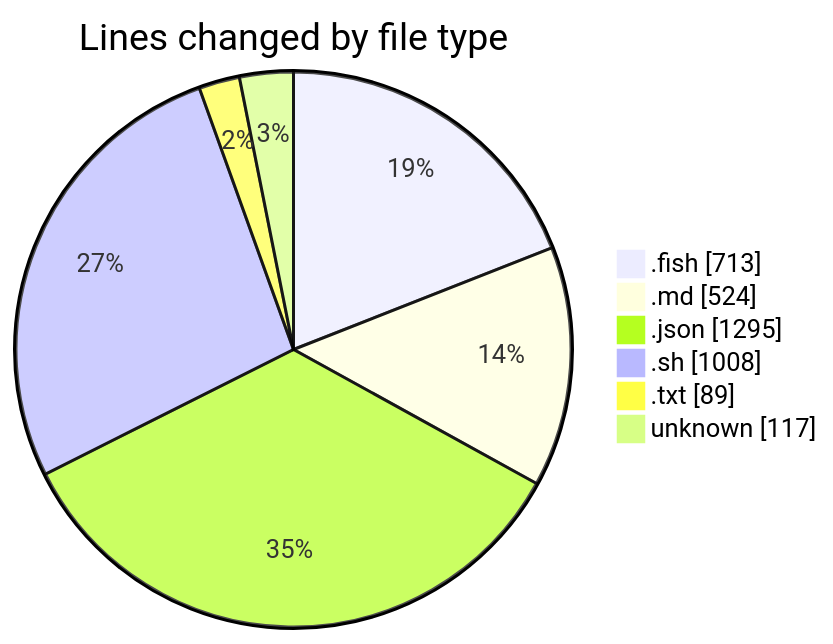
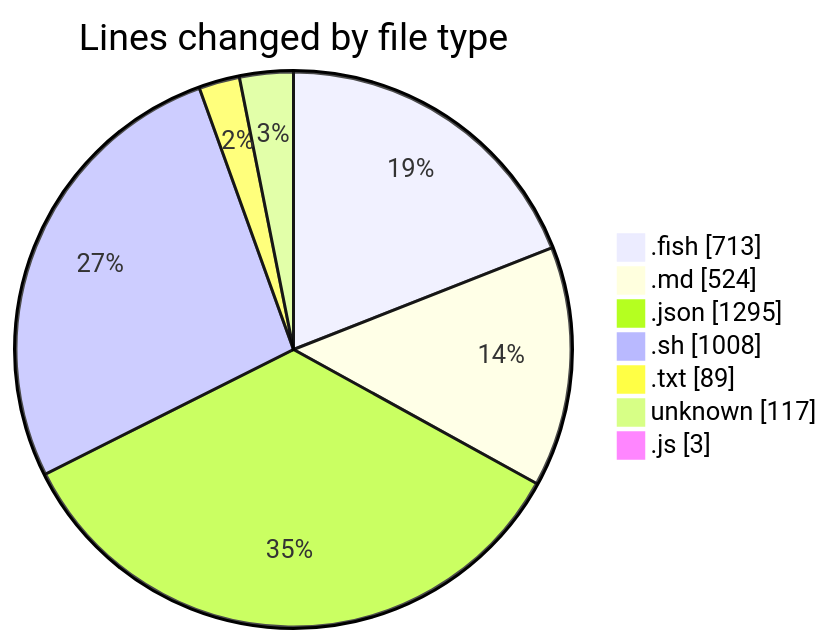
The first of 2 diagrams in 2025-07-10/fish/README.md (EIIisD/code-tracking), drawn with Mermaid before and after one commit. The commit also changed other lines of this file and 1 other file, not shown here.

````diff
--- a/2025-07-10/fish/README.md
+++ b/2025-07-10/fish/README.md
@@ -29,10 +30,11 @@
 ```mermaid
 pie showData
 title Lines changed by file type
 ".fish" : 713
 ".md" : 524
 ".json" : 1295
 ".sh" : 1008
 ".txt" : 89
 "unknown" : 117
+".js" : 3
 ```
````
